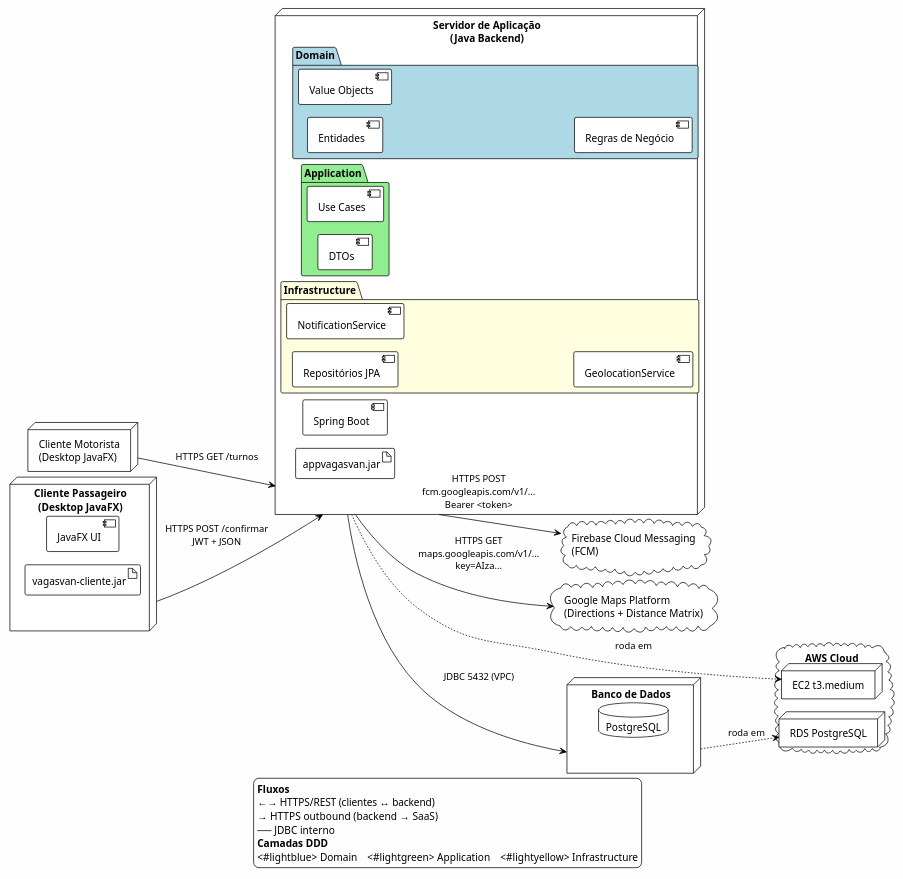
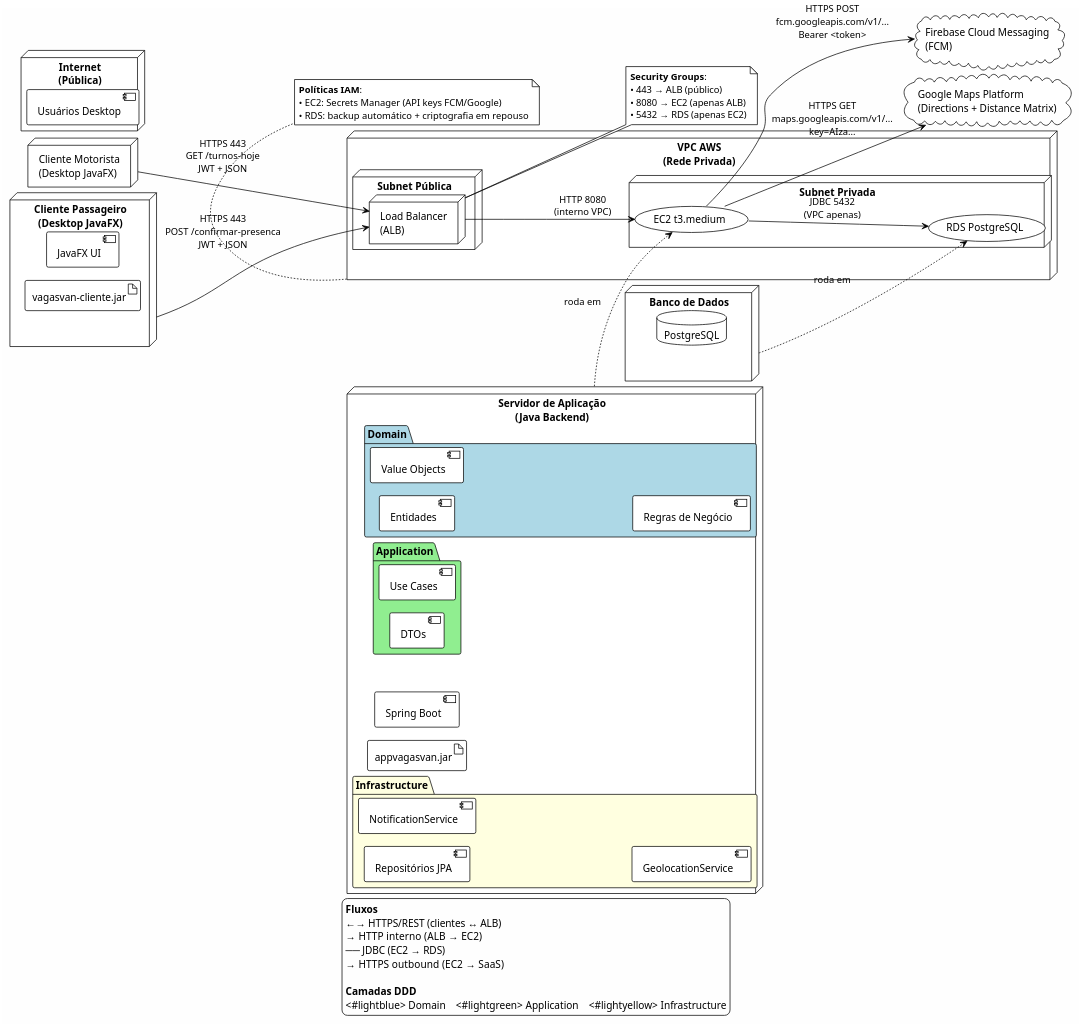
The diagram in doc/DiagramFisico.plantuml (ps-es-2025-2/grupo1), drawn with PlantUML before and after one commit.

Commit message:
Especificando coisas sobre network

```diff
--- a/doc/DiagramFisico.plantuml
+++ b/doc/DiagramFisico.plantuml
@@ -1,72 +1,96 @@
 @startuml
 !theme plain
 !pragma layout smetana
 left to right direction
 
 skinparam nodesep 70
 skinparam ranksep 90
 skinparam shadowing false
 skinparam backgroundColor #FEFEFE
 skinparam dpi 300
 
 node "Cliente Passageiro\n(Desktop JavaFX)" as C1 {
     [JavaFX UI]
     artifact "vagasvan-cliente.jar"
 }
 node "Cliente Motorista\n(Desktop JavaFX)" as C2 {
     [JavaFX UI]
     artifact "vagasvan-cliente.jar"
 }
 
 node "Servidor de Aplicação\n(Java Backend)" as AppServer {
     [Spring Boot]
     folder "Domain" #lightblue {
         [Entidades]
         [Value Objects]
         [Regras de Negócio]
     }
     folder "Application" #lightgreen {
         [Use Cases]
         [DTOs]
     }
     folder "Infrastructure" #lightyellow {
         [Repositórios JPA]
         [NotificationService]
         [GeolocationService]
     }
     artifact "appvagasvan.jar"
 }
 
 node "Banco de Dados" as DB {
     database "PostgreSQL"
 }
 
-cloud "Firebase Cloud Messaging\n(FCM)" as FCM {
-}
-cloud "Google Maps Platform\n(Directions + Distance Matrix)" as GMaps {
+cloud "Firebase Cloud Messaging\n(FCM)" as FCM
+cloud "Google Maps Platform\n(Directions + Distance Matrix)" as GMaps
+
+node "Internet\n(Pública)" as Internet {
+    [Usuários Desktop]
 }
 
-C1 --> AppServer : HTTPS POST /confirmar\nJWT + JSON
-C2 --> AppServer : HTTPS GET /turnos
-AppServer --> DB : JDBC 5432 (VPC)
+node "VPC AWS\n(Rede Privada)" as VPC {
+    node "Subnet Pública" as SubnetPub {
+        node "Load Balancer\n(ALB)" as ALB
+    }
+    node "Subnet Privada" as SubnetPriv {
+        (EC2 t3.medium) as EC2
+        (RDS PostgreSQL) as RDS
+    }
+}
 
-AppServer --> FCM : HTTPS POST\nfcm.googleapis.com/v1/...\nBearer <token>
-AppServer --> GMaps : HTTPS GET\nmaps.googleapis.com/v1/...\nkey=AIza...
+C1 --> ALB : HTTPS 443\nPOST /confirmar-presenca\nJWT + JSON
+C2 --> ALB : HTTPS 443\nGET /turnos-hoje\nJWT + JSON
+ALB --> EC2 : HTTP 8080\n(interno VPC)
 
-cloud "AWS Cloud" {
-    node "EC2 t3.medium" as EC2
-    node "RDS PostgreSQL" as RDS
-}
+EC2 --> RDS : JDBC 5432\n(VPC apenas)
+EC2 --> FCM : HTTPS POST\nfcm.googleapis.com/v1/...\nBearer <token>
+EC2 --> GMaps : HTTPS GET\nmaps.googleapis.com/v1/...\nkey=AIza...
+
 AppServer ..> EC2 : roda em
 DB ..> RDS : roda em
 
+note right of ALB
+  **Security Groups**:
+  • 443 → ALB (público)
+  • 8080 → EC2 (apenas ALB)
+  • 5432 → RDS (apenas EC2)
+end note
+
+note bottom of VPC
+  **Políticas IAM**:
+  • EC2: Secrets Manager (API keys FCM/Google)
+  • RDS: backup automático + criptografia em repouso
+end note
+
 legend bottom
   **Fluxos**
-  ←→  HTTPS/REST (clientes ↔ backend)  
-  →   HTTPS outbound (backend → SaaS)  
-  ──  JDBC interno  
+  ←→  HTTPS/REST (clientes ↔ ALB)  
+  →   HTTP interno (ALB → EC2)  
+  ──  JDBC (EC2 → RDS)  
+  →   HTTPS outbound (EC2 → SaaS)  
+
   **Camadas DDD**  
   <#lightblue> Domain <#lightgreen> Application <#lightyellow> Infrastructure
 end legend
 
 @enduml
```
